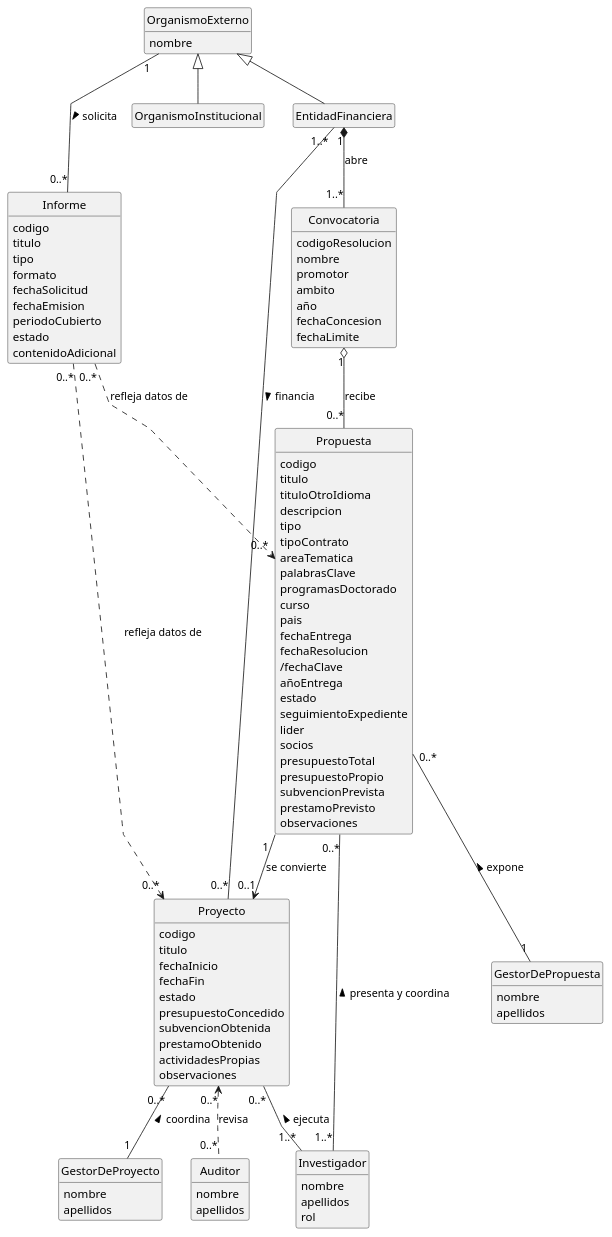
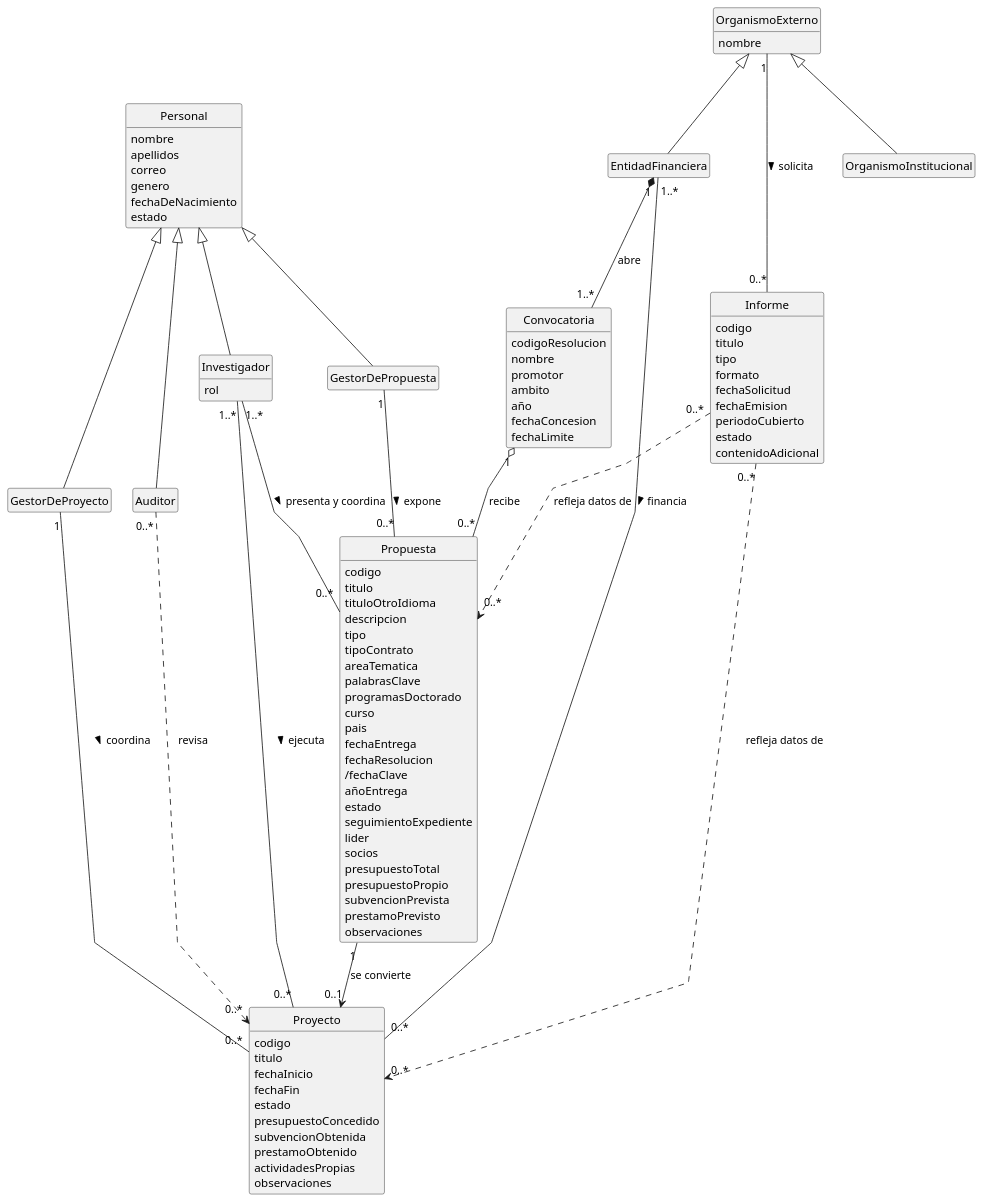
Before and after one commit to Angelo2272/26-27-IdSw1-SDR: the diagram in modelosUML/00-modelo-del-dominio/diagrama-de-clases-formal.puml, drawn with PlantUML. The commit also changed 3 other files, not shown here.

First line of the commit message:
Refactor class diagram and update UML models

```diff
--- a/modelosUML/00-modelo-del-dominio/diagrama-de-clases-formal.puml
+++ b/modelosUML/00-modelo-del-dominio/diagrama-de-clases-formal.puml
@@ -1,120 +1,122 @@
 @startuml diagrama-de-clases-formal
 
 hide circle
 hide empty members
 skinparam linetype polyline
 
 class Convocatoria {
   codigoResolucion
   nombre
   promotor
   ambito
   año
   fechaConcesion
   fechaLimite
 }
 
 class Propuesta {
   codigo
   titulo
   tituloOtroIdioma
   descripcion
   tipo
   tipoContrato
   areaTematica
   palabrasClave
   programasDoctorado
   curso
   pais
   fechaEntrega
   fechaResolucion
   /fechaClave
   añoEntrega
   estado
   seguimientoExpediente
   lider
   socios
   presupuestoTotal
   presupuestoPropio
   subvencionPrevista
   prestamoPrevisto
   observaciones
 }
 
 class EntidadFinanciera {
 }
 
 class OrganismoExterno {
   nombre
 }
 
 class OrganismoInstitucional {
 }
 
 class Informe {
   codigo
   titulo
   tipo
   formato
   fechaSolicitud
   fechaEmision
   periodoCubierto
   estado
   contenidoAdicional
 }
 
 class Investigador {
-  nombre
-  apellidos
-rol
+  rol
 }
 
-class Auditor {
-  nombre
-  apellidos
-}
+class Auditor
 
 class Proyecto {
   codigo
   titulo
   fechaInicio
   fechaFin
   estado
   presupuestoConcedido
   subvencionObtenida
   prestamoObtenido
   actividadesPropias
   observaciones
 }
 
-class GestorDeProyecto {
+class GestorDeProyecto
+
+class GestorDePropuesta
+
+class Personal {
   nombre
   apellidos
+  correo
+  genero
+  fechaDeNacimiento 
+  estado
 }
 
-class GestorDePropuesta {
-  nombre
-  apellidos
+Personal <|-d- GestorDePropuesta
+Personal <|-d- GestorDeProyecto
+Personal <|-d- Auditor
+Personal <|-d- Investigador
 
-}
-
-Propuesta "0..*" -d- "1" GestorDePropuesta : expone <
-Proyecto "0..*" -d- "1" GestorDeProyecto : coordina <
+Propuesta "0..*" -u- "1" GestorDePropuesta : expone <
+Proyecto "0..*" -u- "1" GestorDeProyecto : coordina <
 
 OrganismoExterno <|-- EntidadFinanciera
 OrganismoExterno <|-- OrganismoInstitucional
 
 EntidadFinanciera "1" *-- "1..*" Convocatoria : abre
 Propuesta "1" --> "0..1" Proyecto : se convierte
 Convocatoria "1" o-- "0..*" Propuesta : recibe
-Proyecto "0..*" <.d. "0..*" Auditor : revisa
-EntidadFinanciera "1..*" -- "0..*" Proyecto : financia >
+Proyecto "0..*" <.u. "0..*" Auditor : revisa
+EntidadFinanciera "1..*" -d- "0..*" Proyecto : financia >
 
-Propuesta "0..*" -d- "1..*" Investigador : presenta y coordina <
-Proyecto "0..*" -d- "1..*" Investigador : ejecuta <
+Propuesta "0..*" -u- "1..*" Investigador : presenta y coordina <
+Proyecto "0..*" -u- "1..*" Investigador : ejecuta <
 
 OrganismoExterno "1" -d- "0..*" Informe : solicita >
 Informe "0..*" ..> "0..*" Propuesta : refleja datos de
 Informe "0..*" ..> "0..*" Proyecto : refleja datos de
 
 @enduml
```
